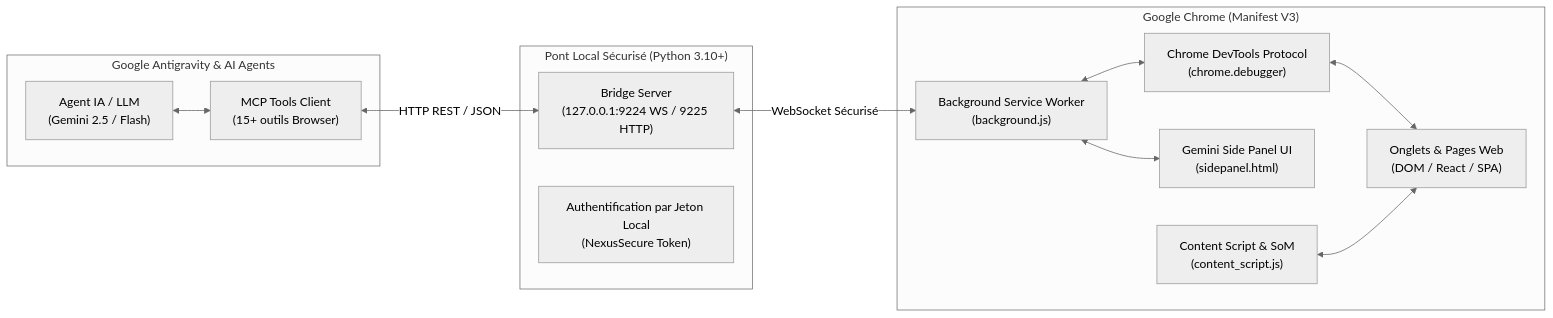
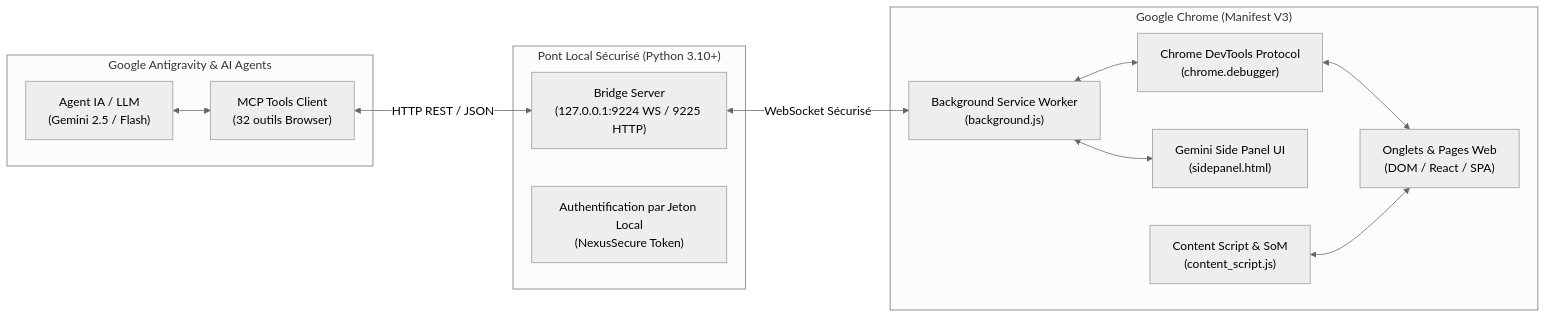
The diagram in README.md (pironjulien/antigravity-chrome-sidepanel), drawn with Mermaid (neutral theme) before and after one commit. The commit also changed other lines of this file and 3 other files, not shown here.

````diff
--- a/README.md
+++ b/README.md
@@ -63,28 +70,28 @@
 ```mermaid
 flowchart LR
     subgraph Antigravity["Google Antigravity & AI Agents"]
         Agent["Agent IA / LLM\n(Gemini 2.5 / Flash)"]
-        MCP["MCP Tools Client\n(15+ outils Browser)"]
+        MCP["MCP Tools Client\n(32 outils Browser)"]
     end
 
     subgraph Bridge["Pont Local Sécurisé (Python 3.10+)"]
         Server["Bridge Server\n(127.0.0.1:9224 WS / 9225 HTTP)"]
         TokenAuth["Authentification par Jeton Local\n(NexusSecure Token)"]
     end
 
     subgraph Chrome["Google Chrome (Manifest V3)"]
         SW["Background Service Worker\n(background.js)"]
         CDP["Chrome DevTools Protocol\n(chrome.debugger)"]
         SidePanel["Gemini Side Panel UI\n(sidepanel.html)"]
         ContentScript["Content Script & SoM\n(content_script.js)"]
         Tabs["Onglets & Pages Web\n(DOM / React / SPA)"]
     end
 
     Agent <--> MCP
     MCP <-->|HTTP REST / JSON| Server
     Server <-->|WebSocket Sécurisé| SW
     SW <--> CDP
     SW <--> SidePanel
     CDP <--> Tabs
     ContentScript <--> Tabs
 ```
````
